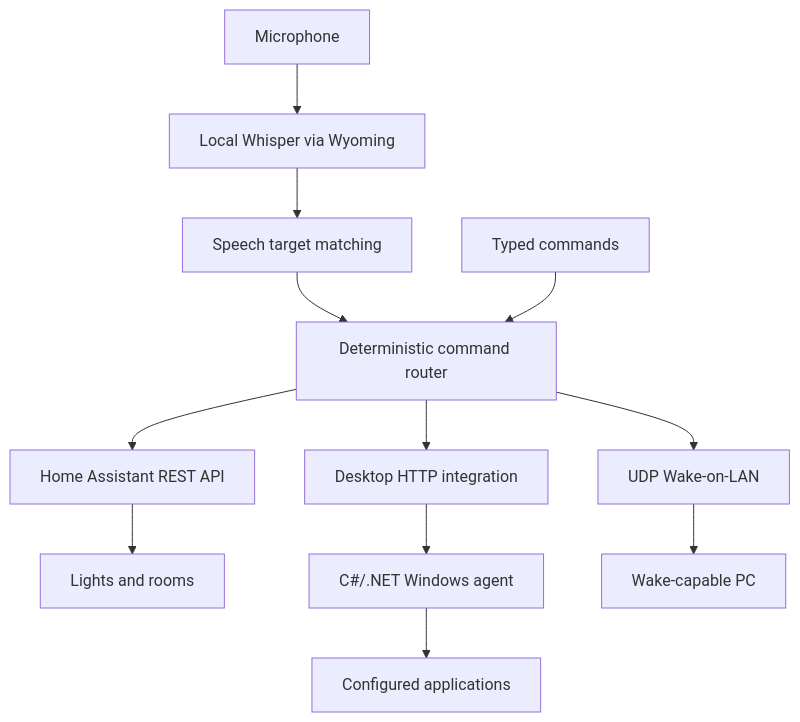
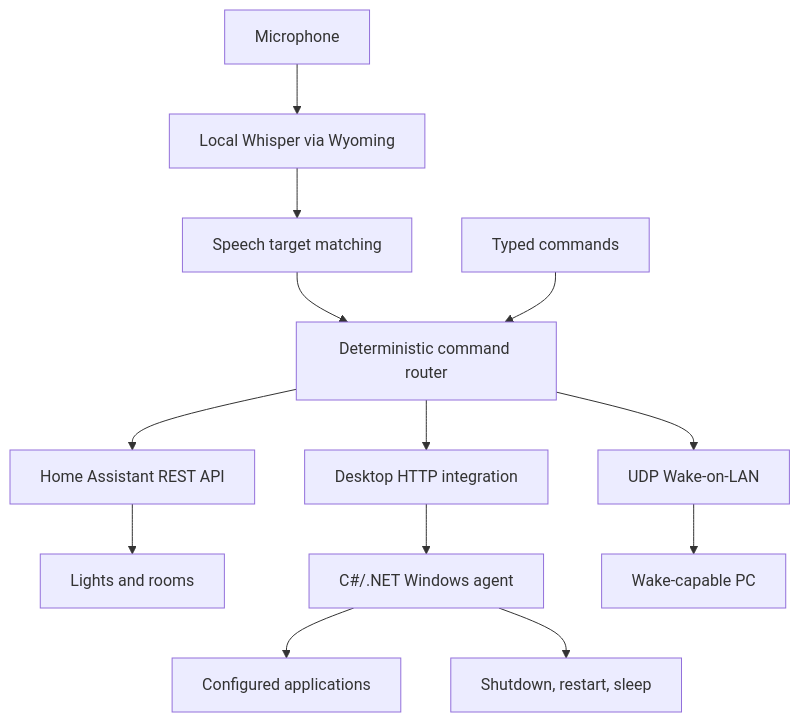
The diagram in readme.md (b-stha/athena), drawn with Mermaid before and after one commit. The commit also changed other lines of this file and 5 other files, not shown here.

Commit message:
add sleep and restart commands to desktop integration

````diff
--- a/readme.md
+++ b/readme.md
@@ -7,14 +7,15 @@
 ```mermaid
 flowchart TD
     Mic["Microphone"] --> STT["Local Whisper via Wyoming"]
     STT --> Resolver["Speech target matching"]
     Resolver --> Router["Deterministic command router"]
     Text["Typed commands"] --> Router
     Router --> HA["Home Assistant REST API"]
     Router --> HTTP["Desktop HTTP integration"]
     Router --> WOL["UDP Wake-on-LAN"]
     HA --> Lights["Lights and rooms"]
     HTTP --> Desktop["C#/.NET Windows agent"]
     Desktop --> Apps["Configured applications"]
+    Desktop --> Power["Shutdown, restart, sleep"]
     WOL --> PC["Wake-capable PC"]
 ```
````
